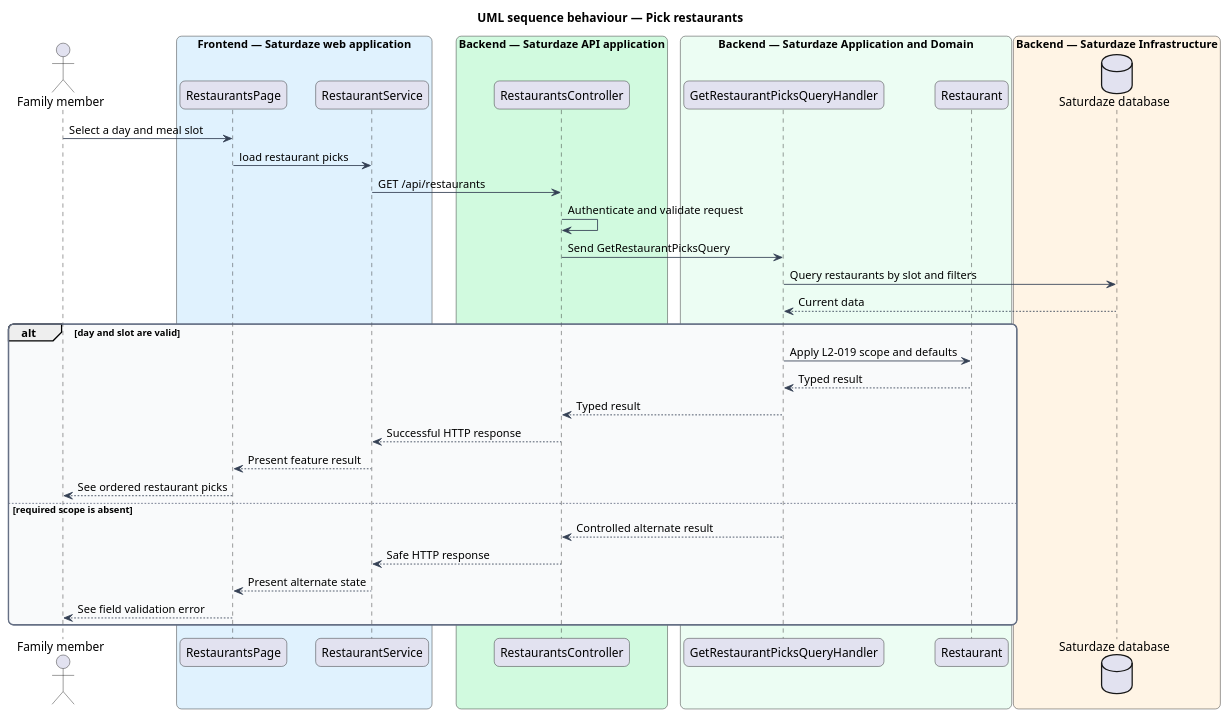
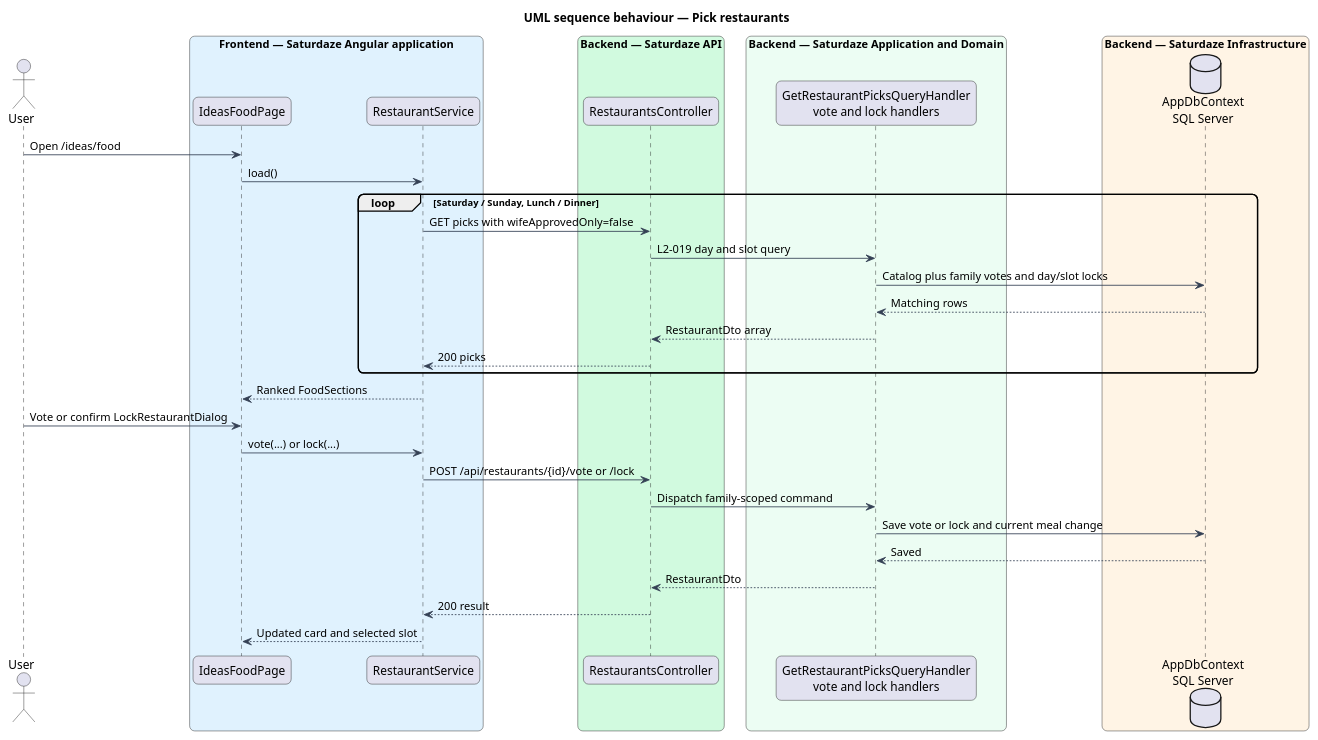
Before and after one commit to QuinntyneBrown/saturdaze: the diagram in docs/detailed-designs/discovery/pick-restaurants/diagrams/sequence-pick-restaurants.puml, drawn with PlantUML. The commit also changed 208 other files, not shown here.

```diff
--- a/docs/detailed-designs/discovery/pick-restaurants/diagrams/sequence-pick-restaurants.puml
+++ b/docs/detailed-designs/discovery/pick-restaurants/diagrams/sequence-pick-restaurants.puml
@@ -1,52 +1,42 @@
 @startuml
 title UML sequence behaviour — Pick restaurants
 skinparam backgroundColor #FFFFFF
 skinparam shadowing false
 skinparam roundcorner 12
 skinparam defaultFontName Arial
 skinparam ArrowColor #344054
-skinparam rectangle {
-  BorderColor #344054
-  FontColor #101828
-}
-skinparam package {
-  BorderColor #667085
-  FontColor #101828
-  BackgroundColor #F9FAFB
-}
-actor "Family member" as actor
-box "Frontend — Saturdaze web application" #E0F2FE
-  participant "RestaurantsPage" as page
-  participant "RestaurantService" as client
+actor "User" as actor
+box "Frontend — Saturdaze Angular application" #E0F2FE
+ participant "IdeasFoodPage" as page
+ participant "RestaurantService" as client
 end box
-box "Backend — Saturdaze API application" #D1FADF
-  participant "RestaurantsController" as controller
+box "Backend — Saturdaze API" #D1FADF
+ participant "RestaurantsController" as controller
 end box
 box "Backend — Saturdaze Application and Domain" #ECFDF3
-  participant "GetRestaurantPicksQueryHandler" as handler
-  participant "Restaurant" as entity
+ participant "GetRestaurantPicksQueryHandler\nvote and lock handlers" as handler
 end box
 box "Backend — Saturdaze Infrastructure" #FFF4E5
-  database "Saturdaze database" as infra
-  end box
-actor -> page : Select a day and meal slot
-page -> client : load restaurant picks
-client -> controller : GET /api/restaurants
-controller -> controller : Authenticate and validate request
-controller -> handler : Send GetRestaurantPicksQuery
-handler -> infra : Query restaurants by slot and filters
-infra --> handler : Current data
-alt day and slot are valid
-  handler -> entity : Apply L2-019 scope and defaults
-  entity --> handler : Typed result
-  handler --> controller : Typed result
-  controller --> client : Successful HTTP response
-  client --> page : Present feature result
-  page --> actor : See ordered restaurant picks
-else required scope is absent
-  handler --> controller : Controlled alternate result
-  controller --> client : Safe HTTP response
-  client --> page : Present alternate state
-  page --> actor : See field validation error
+ database "AppDbContext\nSQL Server" as db
+end box
+actor -> page : Open /ideas/food
+page -> client : load()
+loop Saturday / Sunday, Lunch / Dinner
+client -> controller : GET picks with wifeApprovedOnly=false
+controller -> handler : L2-019 day and slot query
+handler -> db : Catalog plus family votes and day/slot locks
+db --> handler : Matching rows
+handler --> controller : RestaurantDto array
+controller --> client : 200 picks
 end
+client --> page : Ranked FoodSections
+actor -> page : Vote or confirm LockRestaurantDialog
+page -> client : vote(...) or lock(...)
+client -> controller : POST /api/restaurants/{id}/vote or /lock
+controller -> handler : Dispatch family-scoped command
+handler -> db : Save vote or lock and current meal change
+db --> handler : Saved
+handler --> controller : RestaurantDto
+controller --> client : 200 result
+client --> page : Updated card and selected slot
 @enduml
```
